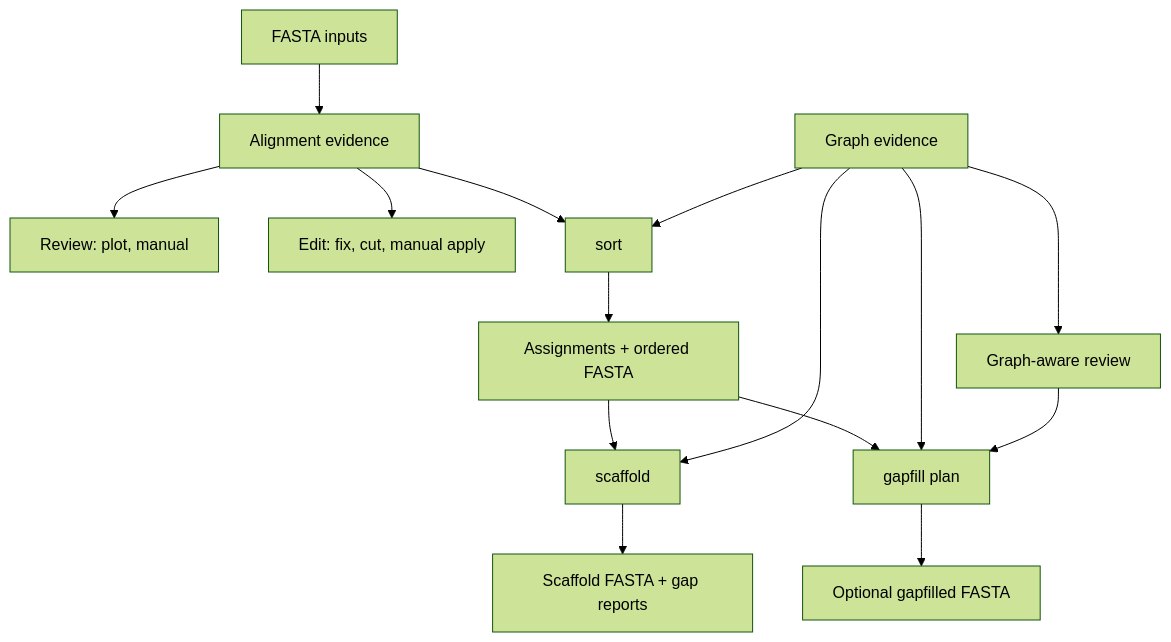
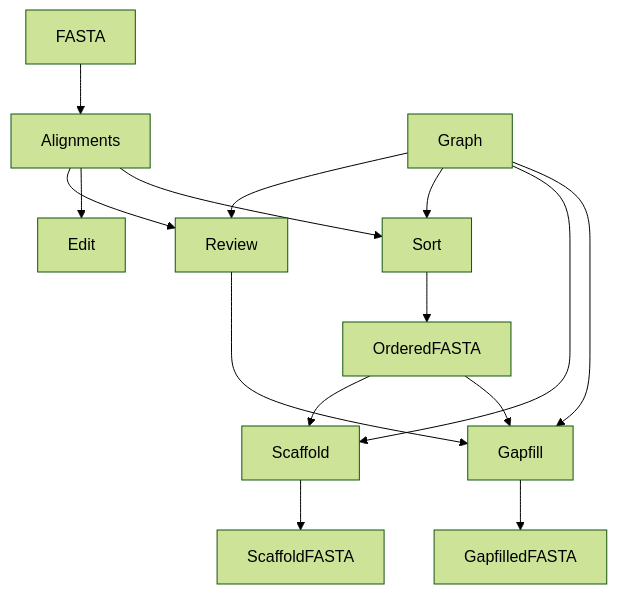
Before and after one commit to rotheconrad/chromosort: the diagram in docs/architecture.md, drawn with Mermaid (forest theme). The commit also changed 1 other file, not shown here.

Commit message:
Fix docs math and diagram rendering

```diff
--- a/docs/architecture.md
+++ b/docs/architecture.md
@@ -61,17 +61,17 @@
 <div class="mermaid">
 flowchart TD
-  A["FASTA inputs"] --> B["Alignment evidence"]
-  C["Graph evidence"] --> D["Graph-aware review"]
-  B --> E["Review: plot, manual"]
-  B --> F["Edit: fix, cut, manual apply"]
-  B --> G["sort"]
-  C --> G
-  G --> H["Assignments + ordered FASTA"]
-  H --> I["scaffold"]
-  C --> I
-  I --> J["Scaffold FASTA + gap reports"]
-  H --> K["gapfill plan"]
-  C --> K
-  D --> K
-  K --> L["Optional gapfilled FASTA"]
+  A[FASTA] --> B[Alignments]
+  C[Graph] --> D[Review]
+  B --> D
+  B --> E[Edit]
+  B --> F[Sort]
+  C --> F
+  F --> G[OrderedFASTA]
+  G --> H[Scaffold]
+  C --> H
+  H --> I[ScaffoldFASTA]
+  G --> J[Gapfill]
+  C --> J
+  D --> J
+  J --> K[GapfilledFASTA]
 </div>
```
